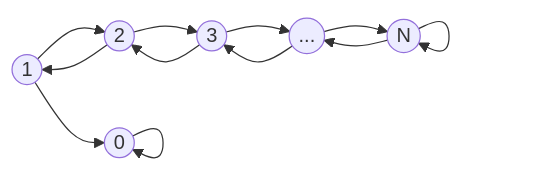
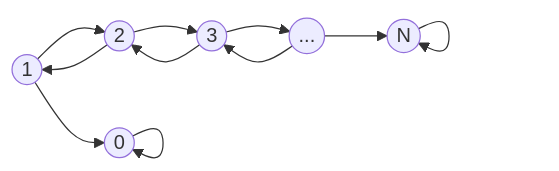
The first of 2 diagrams in _posts/2025-06-21-Post8.md (JKang918/jkang918.github.io), drawn with Mermaid before and after one commit.

Commit message:
2nd, changed the transition prob diag for gambler

````diff
--- a/_posts/2025-06-21-Post8.md
+++ b/_posts/2025-06-21-Post8.md
@@ -39,22 +39,21 @@
 ```mermaid
 graph LR
     0((0)):::abs
     1((1))
     2((2))
     3((3))
     4((...))
     N((N)):::abs
 
     0 --> 0
     1 --> 0
     1 --> 2
     2 --> 1
     2 --> 3
     3 --> 2
     3 --> 4
     4 --> 3
     4 --> N
-    N --> 4
     N --> N
 
 ```
````
